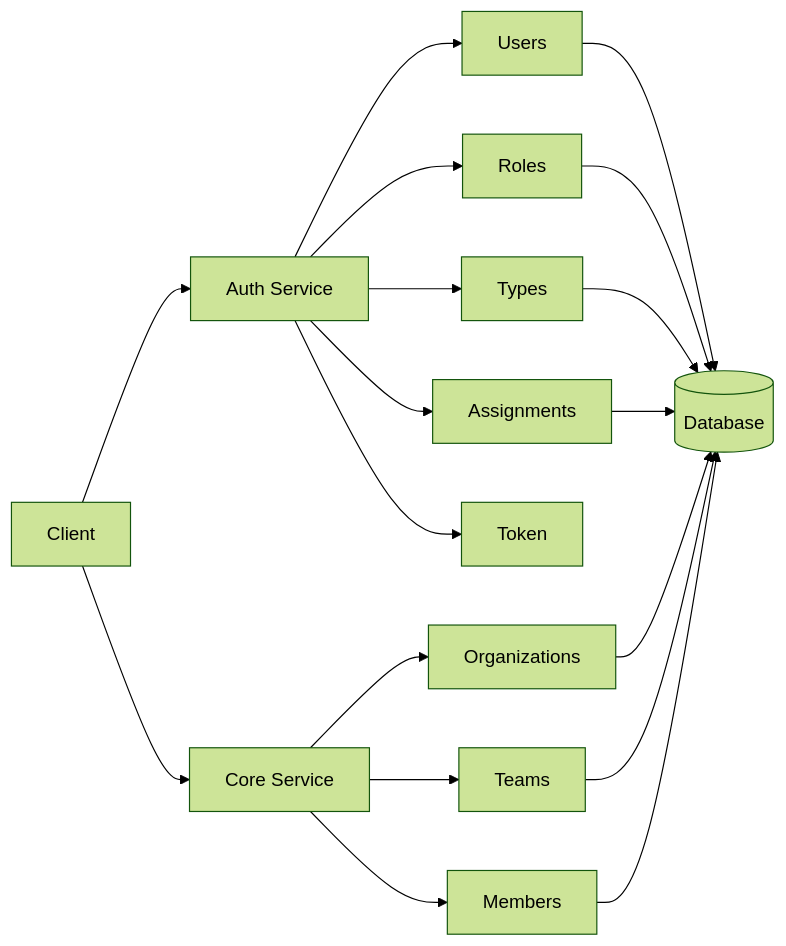
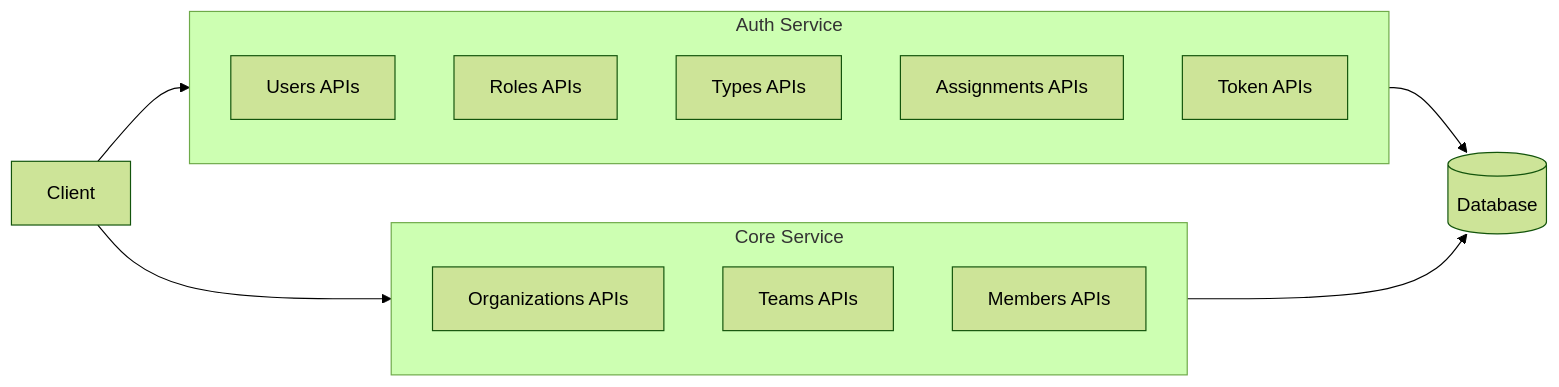
The diagram in README.md (Sampath-Dz/organization_app), drawn with Mermaid (forest theme) before and after one commit. The commit also changed other lines of this file, not shown here.

````diff
--- a/README.md
+++ b/README.md
@@ -144,24 +146,23 @@
 ```mermaid
 flowchart LR
-    Client --> AuthService[Auth Service]
-    Client --> CoreService[Core Service]
 
-    AuthService --> Users
-    AuthService --> Roles
-    AuthService --> Types
-    AuthService --> Assignments
-    AuthService --> Token
+    Client --> AuthService
+    Client --> CoreService
 
-    CoreService --> Organizations
-    CoreService --> Teams
-    CoreService --> Members
+    subgraph AuthService [Auth Service]
+        A1[Users APIs]
+        A2[Roles APIs]
+        A3[Types APIs]
+        A4[Assignments APIs]
+        A5[Token APIs]
+    end
 
-    Users --> DB[(Database)]
-    Roles --> DB
-    Types --> DB
-    Assignments --> DB
+    subgraph CoreService [Core Service]
+        C1[Organizations APIs]
+        C2[Teams APIs]
+        C3[Members APIs]
+    end
 
-    Organizations --> DB
-    Teams --> DB
-    Members --> DB
+    AuthService --> DB[(Database)]
+    CoreService --> DB
 ```
````
